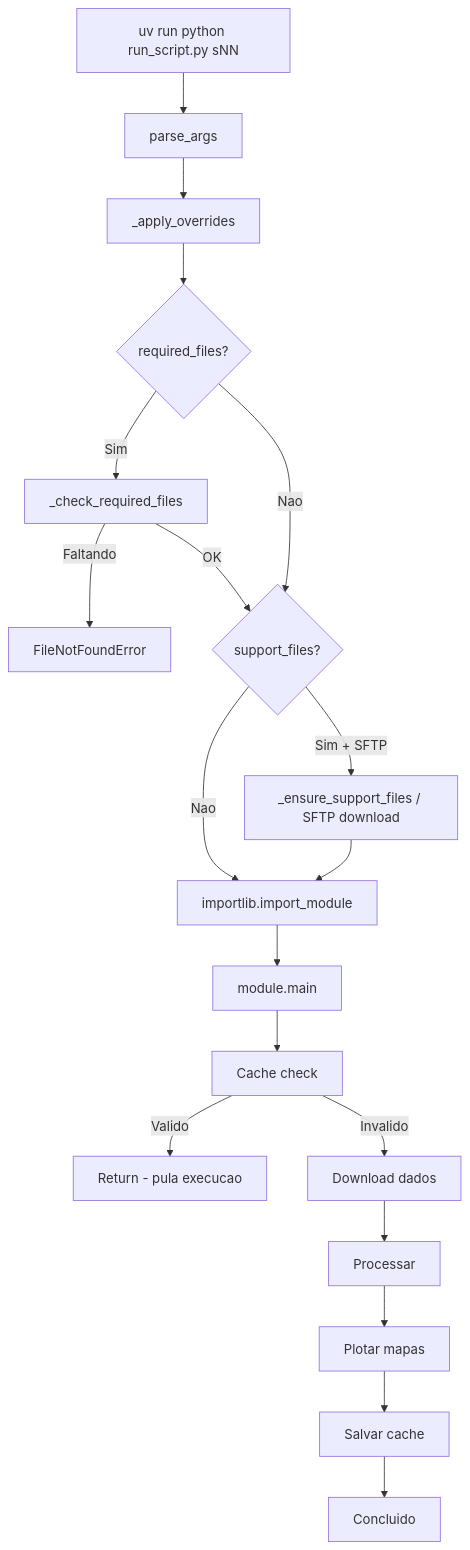
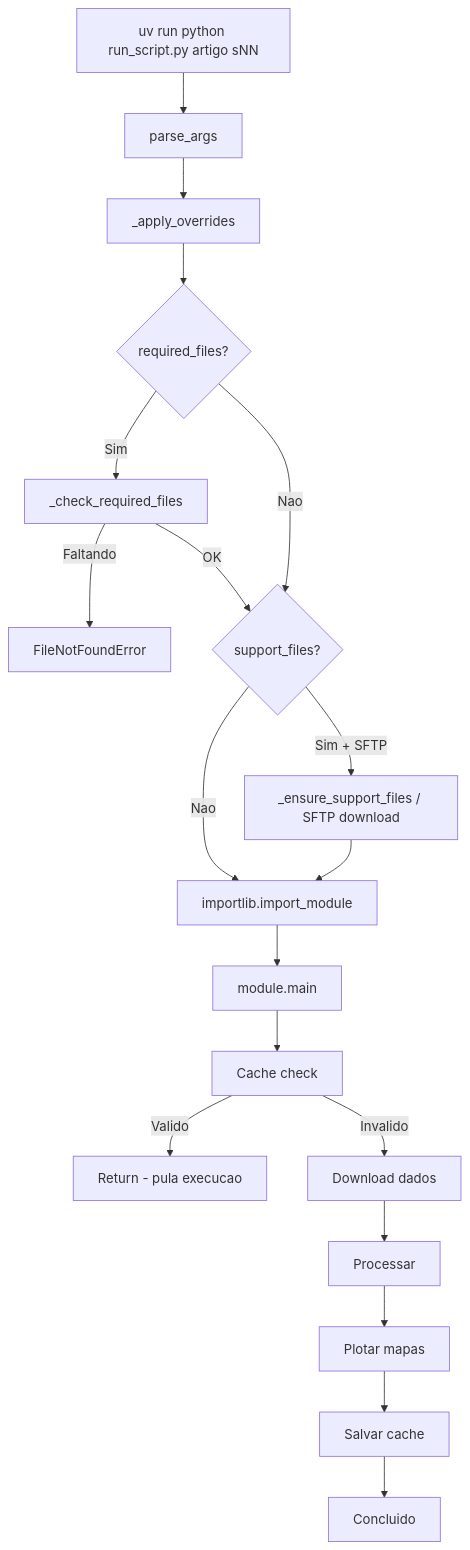
The first of 2 diagrams in GUIA-NOVOS-SCRIPTS.md (capucinbruno/campos_e_graficos_artigos_cientificos), drawn with Mermaid before and after one commit. The commit also changed other lines of this file and 23 other files, not shown here.

````diff
--- a/GUIA-NOVOS-SCRIPTS.md
+++ b/GUIA-NOVOS-SCRIPTS.md
@@ -261,21 +297,21 @@
 ```mermaid
 flowchart TD
-    A[uv run python run_script.py sNN] --> B[parse_args]
+    A[uv run python run_script.py artigo sNN] --> B[parse_args]
     B --> C[_apply_overrides]
     C --> D{required_files?}
     D -->|Sim| E[_check_required_files]
     E -->|Faltando| F[FileNotFoundError]
     E -->|OK| G{support_files?}
     D -->|Nao| G
     G -->|Sim + SFTP| H[_ensure_support_files / SFTP download]
     G -->|Nao| I[importlib.import_module]
     H --> I
     I --> J[module.main]
     J --> K[Cache check]
     K -->|Valido| L[Return - pula execucao]
     K -->|Invalido| M[Download dados]
     M --> N[Processar]
     N --> O[Plotar mapas]
     O --> P[Salvar cache]
     P --> Q[Concluido]
 ```
````
